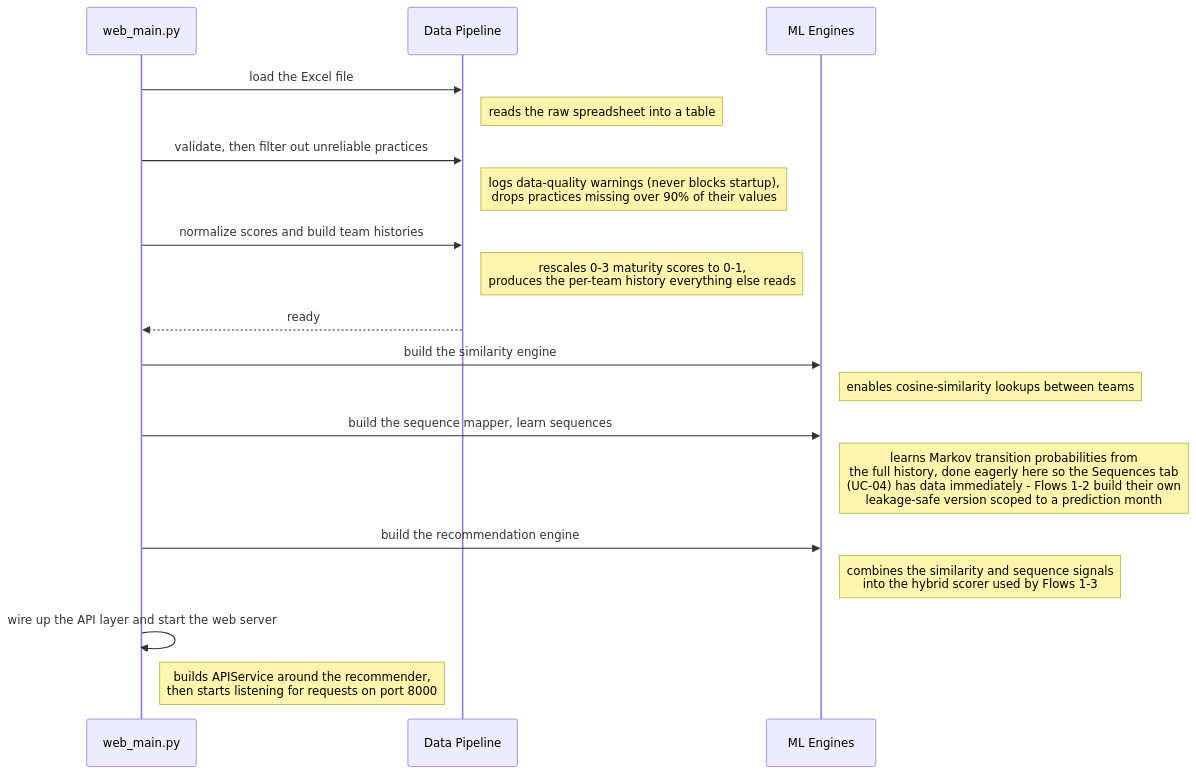
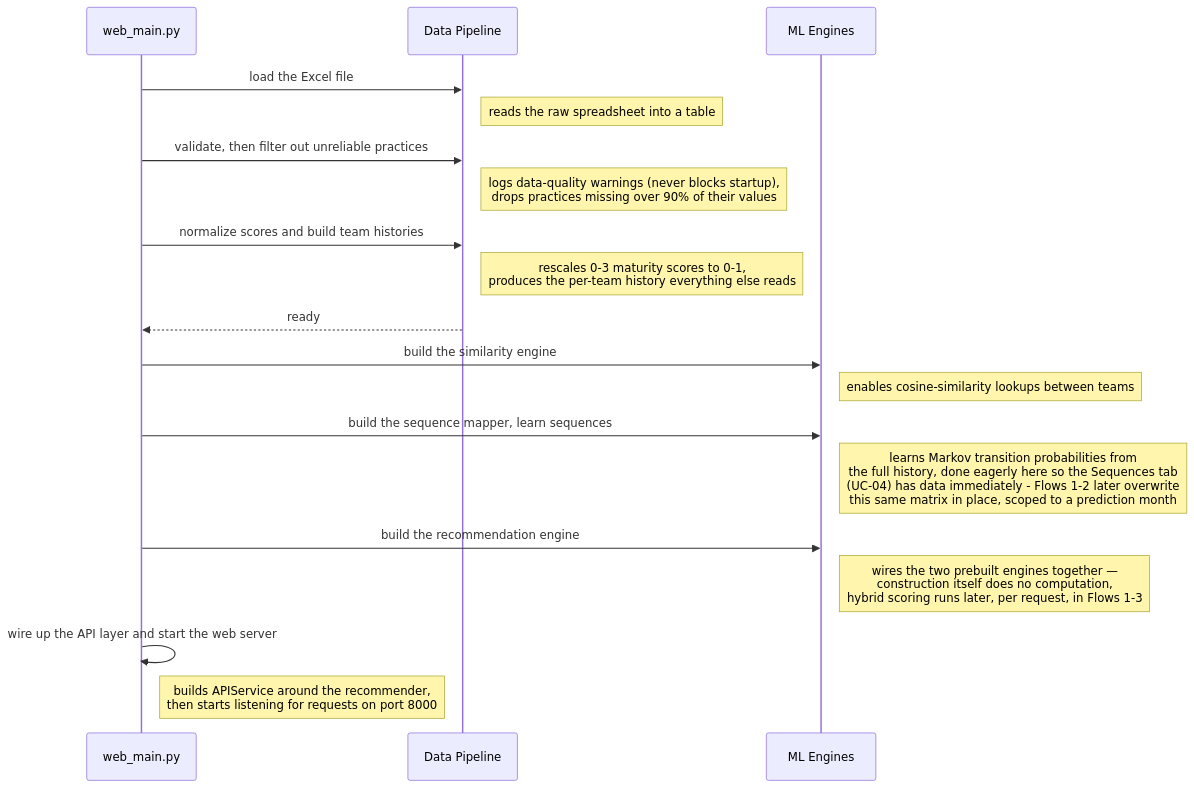
The diagram in docs/sequence-diagrams/04-system-startup.md (erezmorabia/agile-prediction-mvp), drawn with Mermaid before and after one commit. The commit also changed other lines of this file, not shown here.

First line of the commit message:
Correct startup diagram: sequence matrix is shared, not isolated per flow

````diff
--- a/docs/sequence-diagrams/04-system-startup.md
+++ b/docs/sequence-diagrams/04-system-startup.md
@@ -16,24 +16,24 @@
 ```mermaid
 sequenceDiagram
     participant WebMain as web_main.py
     participant Data as Data Pipeline
     participant ML as ML Engines
 
     WebMain->>Data: load the Excel file
     Note right of Data: reads the raw spreadsheet into a table
     WebMain->>Data: validate, then filter out unreliable practices
     Note right of Data: logs data-quality warnings (never blocks startup),<br/>drops practices missing over 90% of their values
     WebMain->>Data: normalize scores and build team histories
     Note right of Data: rescales 0-3 maturity scores to 0-1,<br/>produces the per-team history everything else reads
     Data-->>WebMain: ready
 
     WebMain->>ML: build the similarity engine
     Note right of ML: enables cosine-similarity lookups between teams
     WebMain->>ML: build the sequence mapper, learn sequences
-    Note right of ML: learns Markov transition probabilities from<br/>the full history, done eagerly here so the Sequences tab<br/>(UC-04) has data immediately - Flows 1-2 build their own<br/>leakage-safe version scoped to a prediction month
+    Note right of ML: learns Markov transition probabilities from<br/>the full history, done eagerly here so the Sequences tab<br/>(UC-04) has data immediately - Flows 1-2 later overwrite<br/>this same matrix in place, scoped to a prediction month
     WebMain->>ML: build the recommendation engine
-    Note right of ML: combines the similarity and sequence signals<br/>into the hybrid scorer used by Flows 1-3
+    Note right of ML: wires the two prebuilt engines together —<br/>construction itself does no computation,<br/>hybrid scoring runs later, per request, in Flows 1-3
 
     WebMain->>WebMain: wire up the API layer and start the web server
     Note right of WebMain: builds APIService around the recommender,<br/>then starts listening for requests on port 8000
 ```
````
